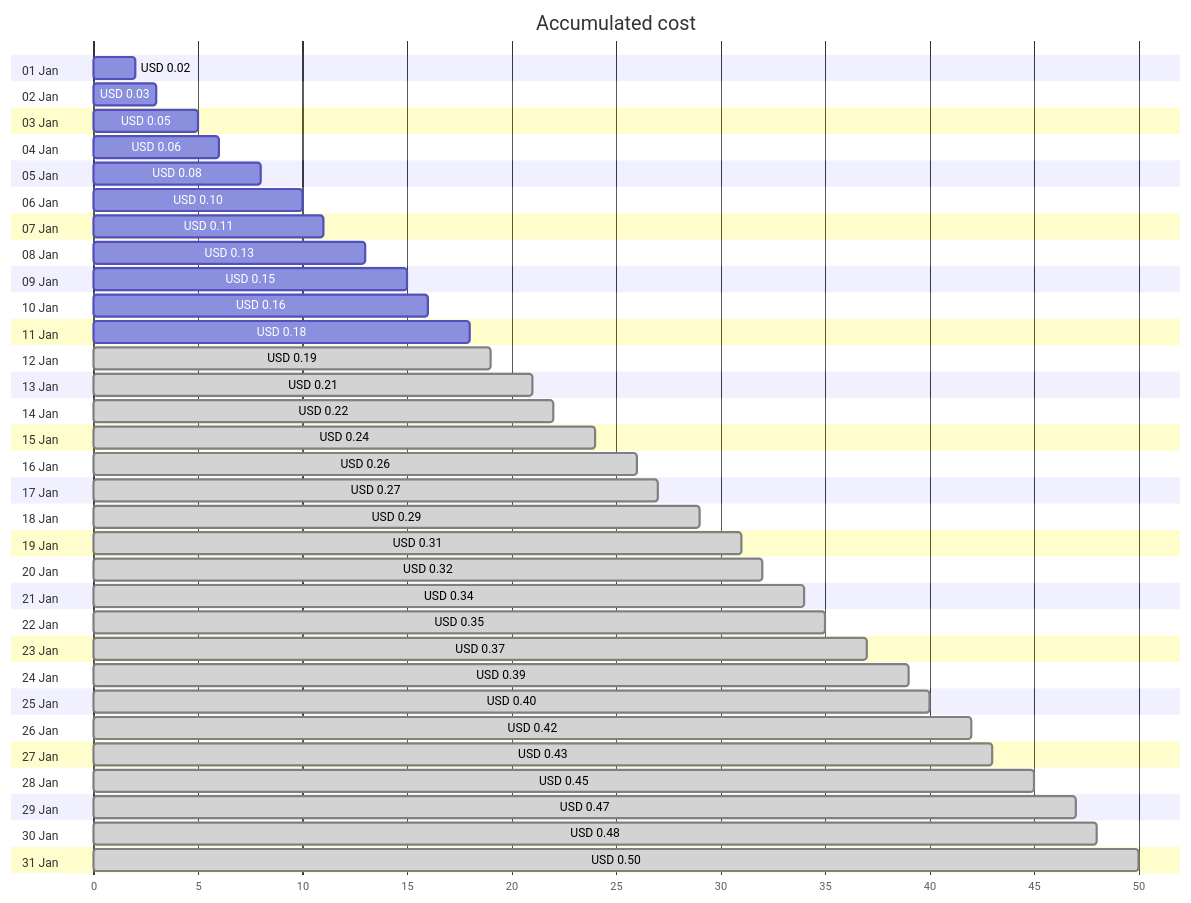
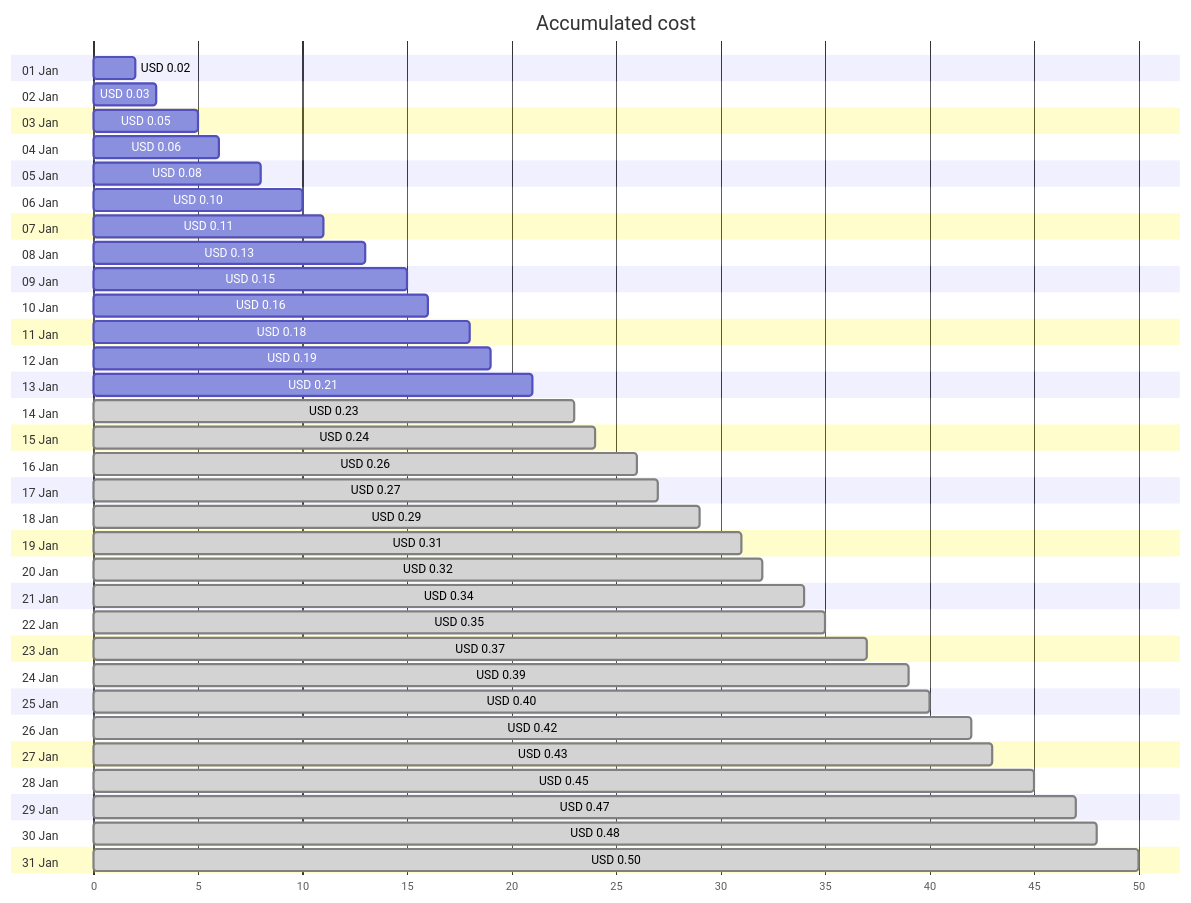
The first of 4 diagrams in cost-reports/personal-network/private.jpatrickfulton.com.md (jpfulton/azure-personal-reports), drawn with Mermaid before and after one commit. The commit also changed other lines of this file and 8 other files, not shown here.

````diff
--- a/cost-reports/personal-network/private.jpatrickfulton.com.md
+++ b/cost-reports/personal-network/private.jpatrickfulton.com.md
@@ -20,68 +20,68 @@
 ```mermaid
 gantt
    title Accumulated cost
    dateFormat  X
    axisFormat %s
    section 01 Jan
    USD 0.02 :0, 2
    section 02 Jan
    USD 0.03 :0, 3
    section 03 Jan
    USD 0.05 :0, 5
    section 04 Jan
    USD 0.06 :0, 6
    section 05 Jan
    USD 0.08 :0, 8
    section 06 Jan
    USD 0.10 :0, 10
    section 07 Jan
    USD 0.11 :0, 11
    section 08 Jan
    USD 0.13 :0, 13
    section 09 Jan
    USD 0.15 :0, 15
    section 10 Jan
    USD 0.16 :0, 16
    section 11 Jan
    USD 0.18 :0, 18
    section 12 Jan
-   USD 0.19 : done, 0, 19
+   USD 0.19 :0, 19
    section 13 Jan
-   USD 0.21 : done, 0, 21
+   USD 0.21 :0, 21
    section 14 Jan
-   USD 0.22 : done, 0, 22
+   USD 0.23 : done, 0, 23
    section 15 Jan
    USD 0.24 : done, 0, 24
    section 16 Jan
    USD 0.26 : done, 0, 26
    section 17 Jan
    USD 0.27 : done, 0, 27
    section 18 Jan
    USD 0.29 : done, 0, 29
    section 19 Jan
    USD 0.31 : done, 0, 31
    section 20 Jan
    USD 0.32 : done, 0, 32
    section 21 Jan
    USD 0.34 : done, 0, 34
    section 22 Jan
    USD 0.35 : done, 0, 35
    section 23 Jan
    USD 0.37 : done, 0, 37
    section 24 Jan
    USD 0.39 : done, 0, 39
    section 25 Jan
    USD 0.40 : done, 0, 40
    section 26 Jan
    USD 0.42 : done, 0, 42
    section 27 Jan
    USD 0.43 : done, 0, 43
    section 28 Jan
    USD 0.45 : done, 0, 45
    section 29 Jan
    USD 0.47 : done, 0, 47
    section 30 Jan
    USD 0.48 : done, 0, 48
    section 31 Jan
    USD 0.50 : done, 0, 50
 ```
````
